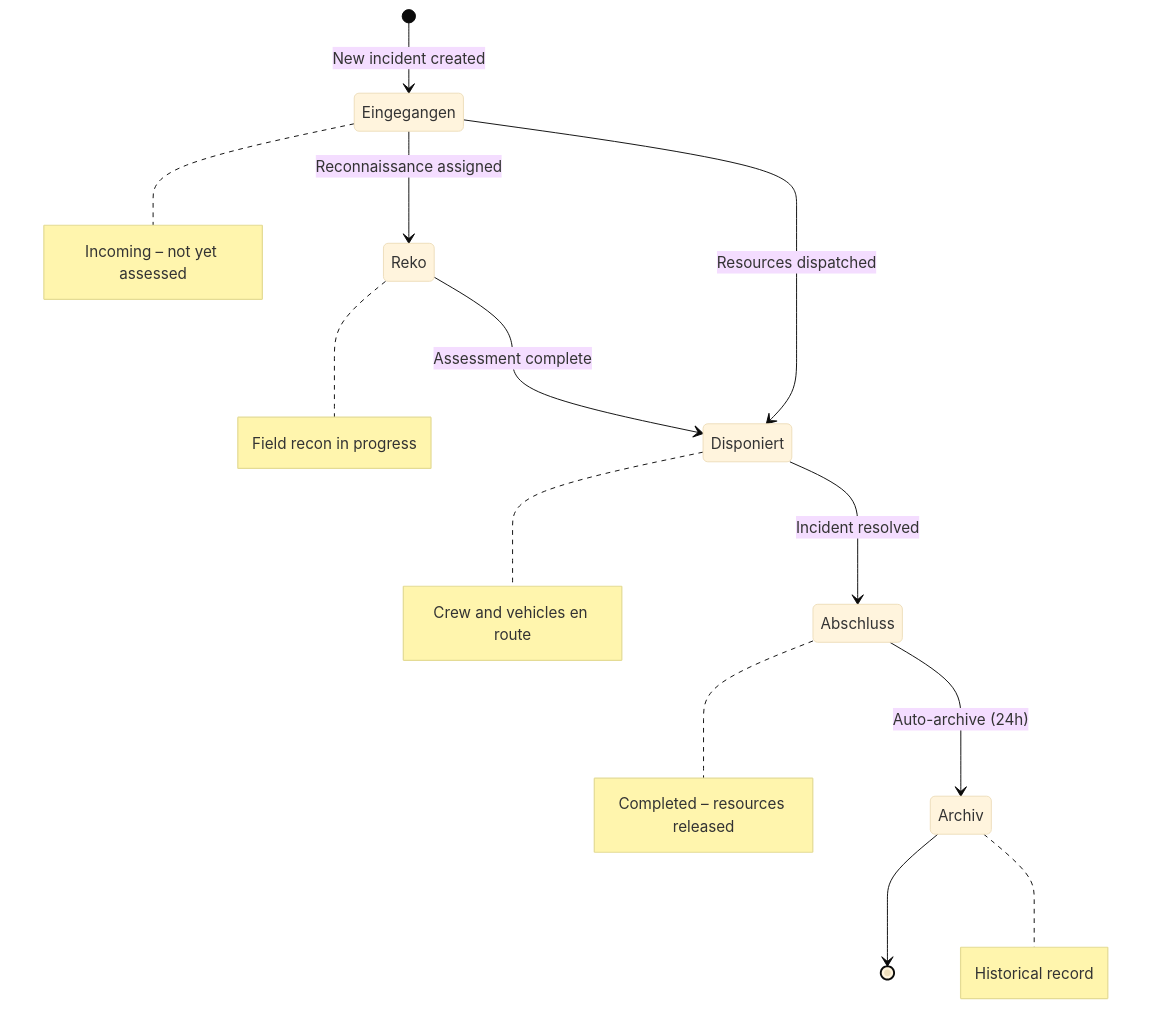
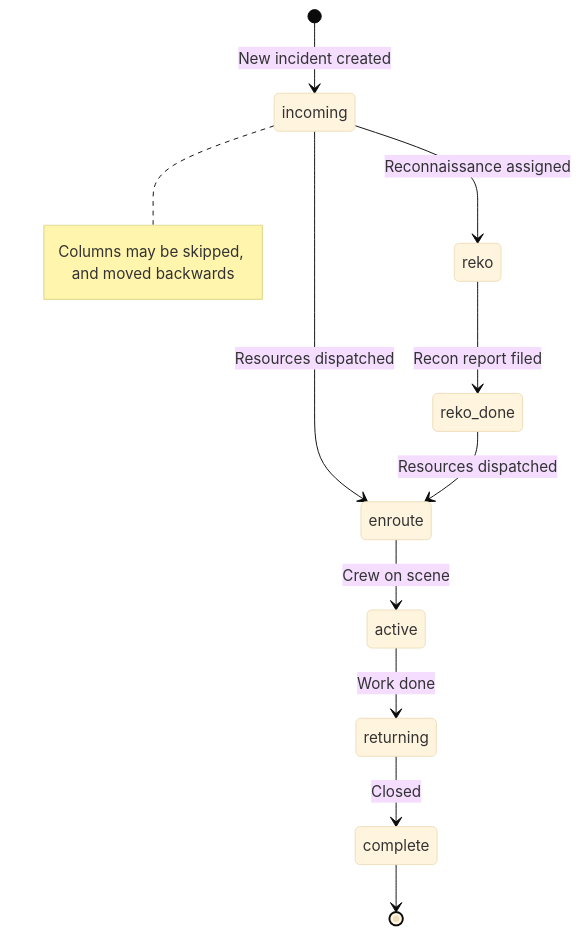
One commit to feuerwehr-oberwil/kp-rueck changed the ninth of 10 diagrams in docs/ARCHITECTURE.md. Above: the diagram before and after it, drawn with Mermaid (base theme). The commit also changed other lines of this file and 6 other files, not shown here.

````diff
--- a/docs/ARCHITECTURE.md
+++ b/docs/ARCHITECTURE.md
@@ -402,16 +416,14 @@
 ```mermaid
 stateDiagram-v2
-    [*] --> Eingegangen: New incident created
-    Eingegangen --> Reko: Reconnaissance assigned
-    Eingegangen --> Disponiert: Resources dispatched
-    Reko --> Disponiert: Assessment complete
-    Disponiert --> Abschluss: Incident resolved
-    Abschluss --> Archiv: Auto-archive (24h)
-    Archiv --> [*]
+    [*] --> incoming: New incident created
+    incoming --> reko: Reconnaissance assigned
+    incoming --> enroute: Resources dispatched
+    reko --> reko_done: Recon report filed
+    reko_done --> enroute: Resources dispatched
+    enroute --> active: Crew on scene
+    active --> returning: Work done
+    returning --> complete: Closed
+    complete --> [*]
 
-    note right of Eingegangen: Incoming – not yet assessed
-    note right of Reko: Field recon in progress
-    note right of Disponiert: Crew and vehicles en route
-    note right of Abschluss: Completed – resources released
-    note right of Archiv: Historical record
+    note right of incoming: Columns may be skipped, and moved backwards
 ```
````
